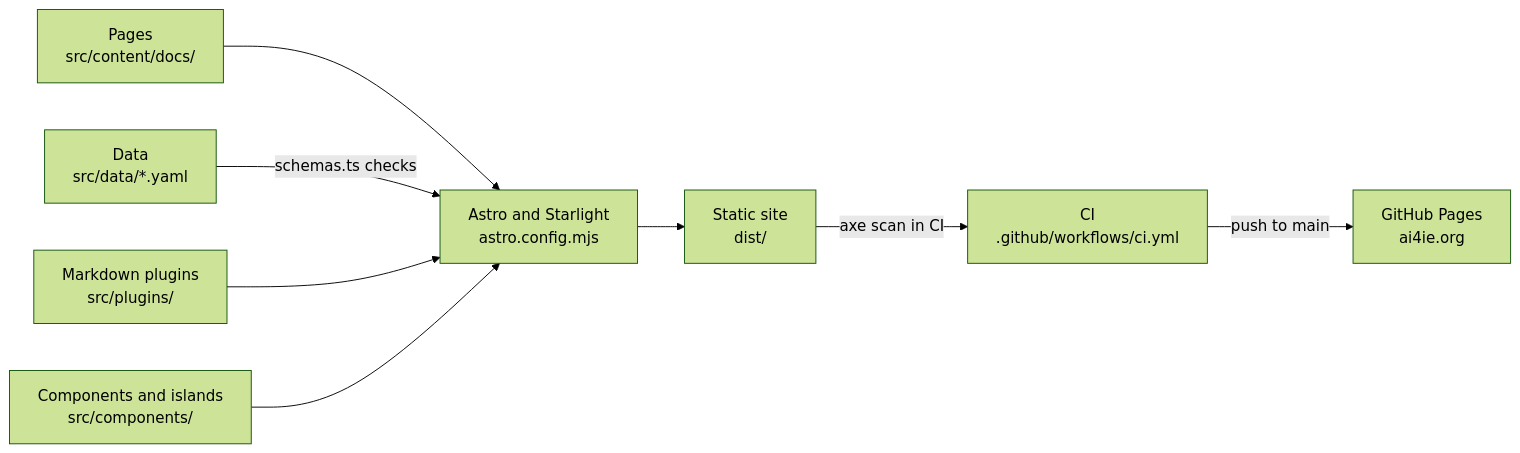
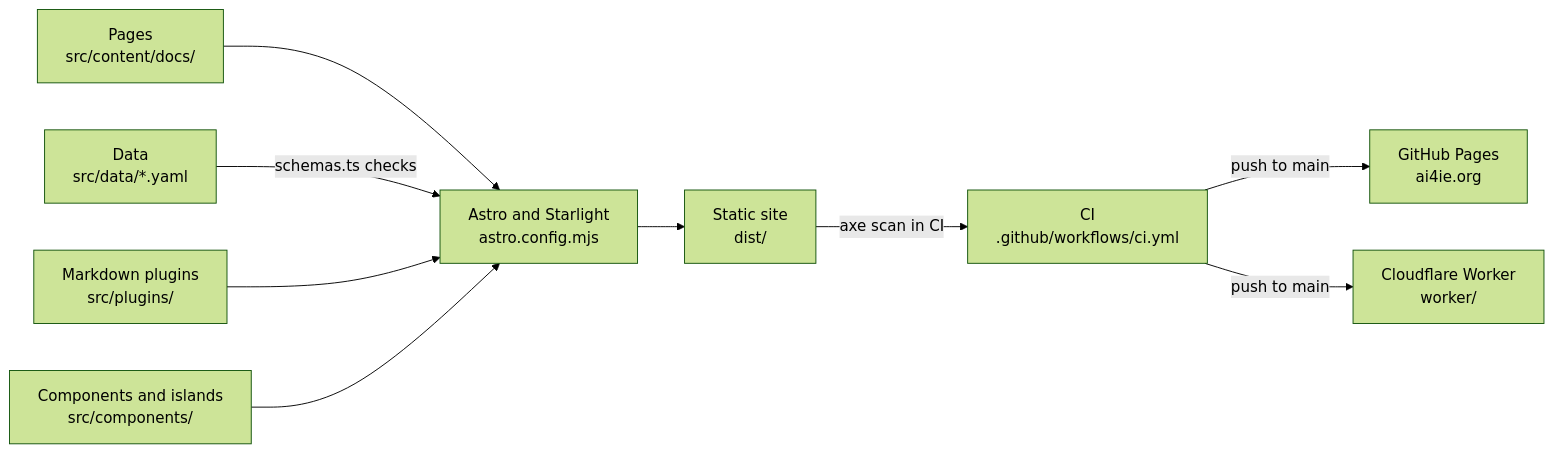
The diagram in README.md (ammarkaskar/awesome-ai4ie), drawn with Mermaid (forest theme) before and after one commit. The commit also changed other lines of this file and 12 other files, not shown here.

````diff
--- a/README.md
+++ b/README.md
@@ -39,10 +39,11 @@
 ```mermaid
 flowchart LR
   pages["Pages<br/>src/content/docs/"] --> astro["Astro and Starlight<br/>astro.config.mjs"]
   data["Data<br/>src/data/*.yaml"] -->|schemas.ts checks| astro
   plugins["Markdown plugins<br/>src/plugins/"] --> astro
   components["Components and islands<br/>src/components/"] --> astro
   astro --> dist["Static site<br/>dist/"]
   dist -->|axe scan in CI| ci["CI<br/>.github/workflows/ci.yml"]
   ci -->|push to main| pages_host["GitHub Pages<br/>ai4ie.org"]
+  ci -->|push to main| worker["Cloudflare Worker<br/>worker/"]
 ```
````
